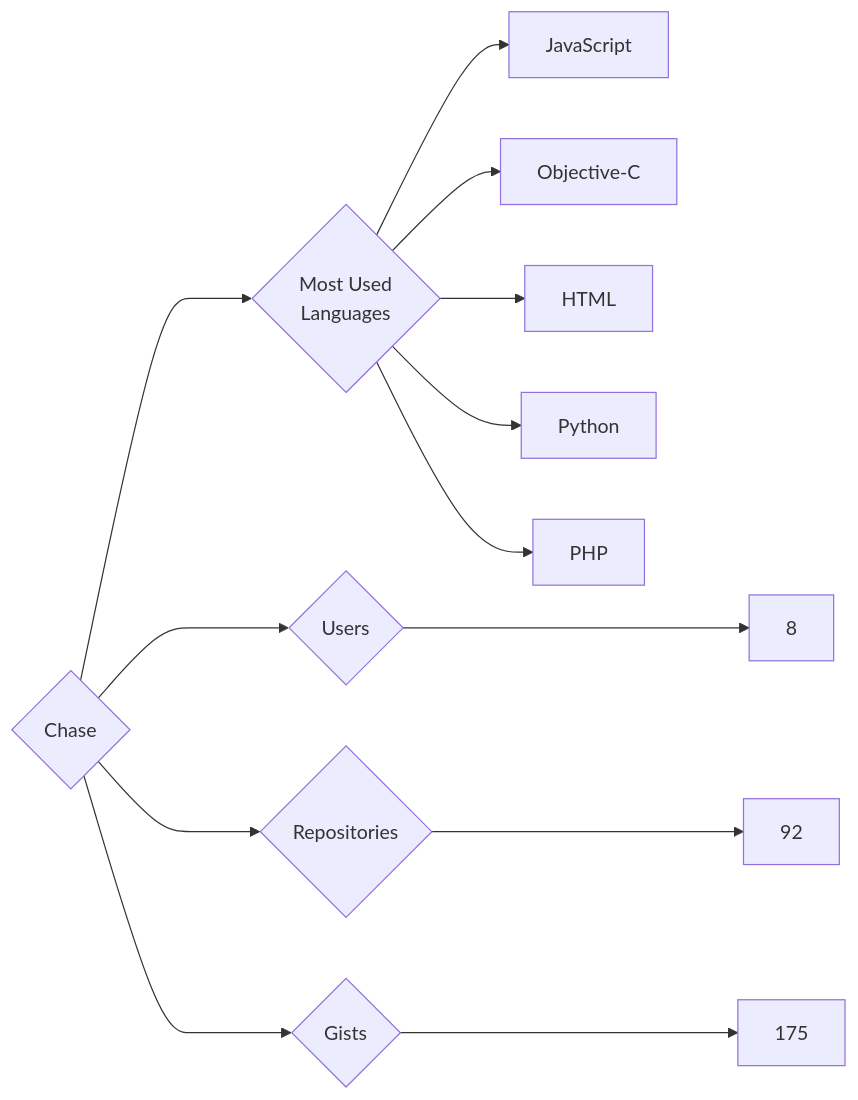
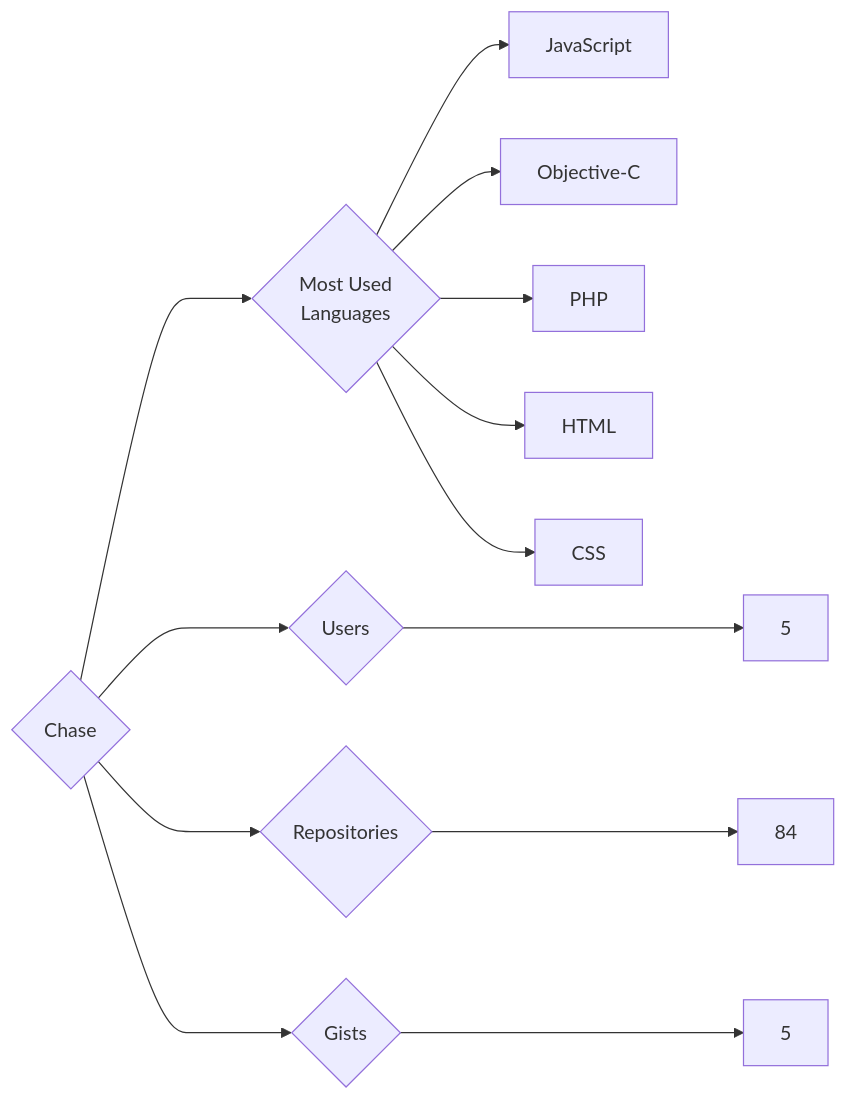
The diagram in targets/Chase/README.md (trickest/insiders), drawn with Mermaid before and after one commit. The commit also changed 559 other files, not shown here.

````diff
--- a/targets/Chase/README.md
+++ b/targets/Chase/README.md
@@ -3,13 +3,13 @@
 ```mermaid
 graph LR
 COMPANY_NAME{Chase}
-COMPANY_NAME ---> U{Users} ---> UN[8]
-COMPANY_NAME ---> R{Repositories} ---> RN[92]
-COMPANY_NAME ---> G{Gists} ---> GN[175]
+COMPANY_NAME ---> U{Users} ---> UN[5]
+COMPANY_NAME ---> R{Repositories} ---> RN[84]
+COMPANY_NAME ---> G{Gists} ---> GN[5]
 COMPANY_NAME ---> ML{Most Used<br>Languages}
 ML --> JavaScript[JavaScript]
 ML --> Objective-C[Objective-C]
+ML --> PHP[PHP]
 ML --> HTML[HTML]
-ML --> Python[Python]
-ML --> PHP[PHP]
+ML --> CSS[CSS]
 ```
````
